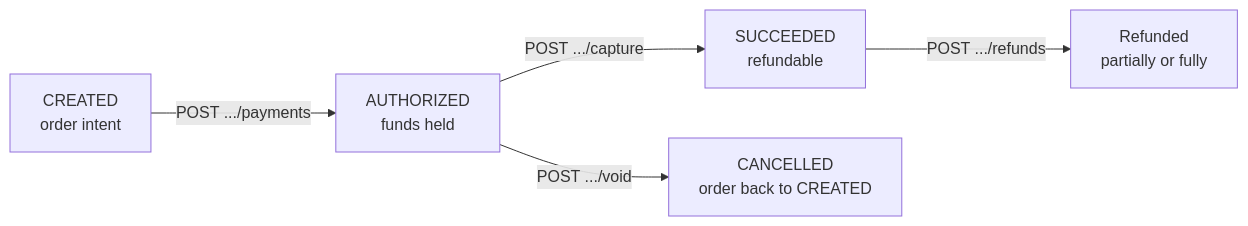
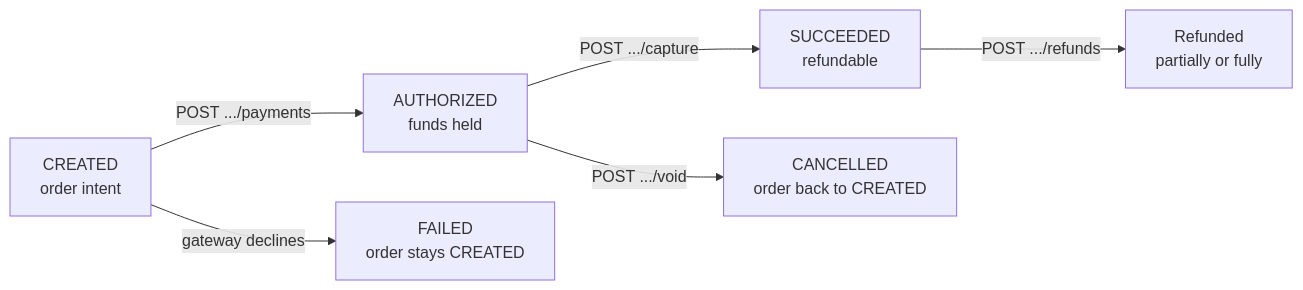
One commit to Krit-Jain/minipay changed the first of 3 diagrams in README.md. Above: the diagram before and after it, drawn with Mermaid. The commit also changed other lines of this file and 10 other files, not shown here.

Commit message:
Add payment methods with validation and mock gateway declines

````diff
--- a/README.md
+++ b/README.md
@@ -125,7 +147,8 @@
 ```mermaid
 flowchart LR
     A[CREATED<br/>order intent] -->|POST .../payments| B[AUTHORIZED<br/>funds held]
+    A -->|gateway declines| F[FAILED<br/>order stays CREATED]
     B -->|POST .../capture| C[SUCCEEDED<br/>refundable]
     B -->|POST .../void| D[CANCELLED<br/>order back to CREATED]
     C -->|POST .../refunds| E[Refunded<br/>partially or fully]
 ```
````
